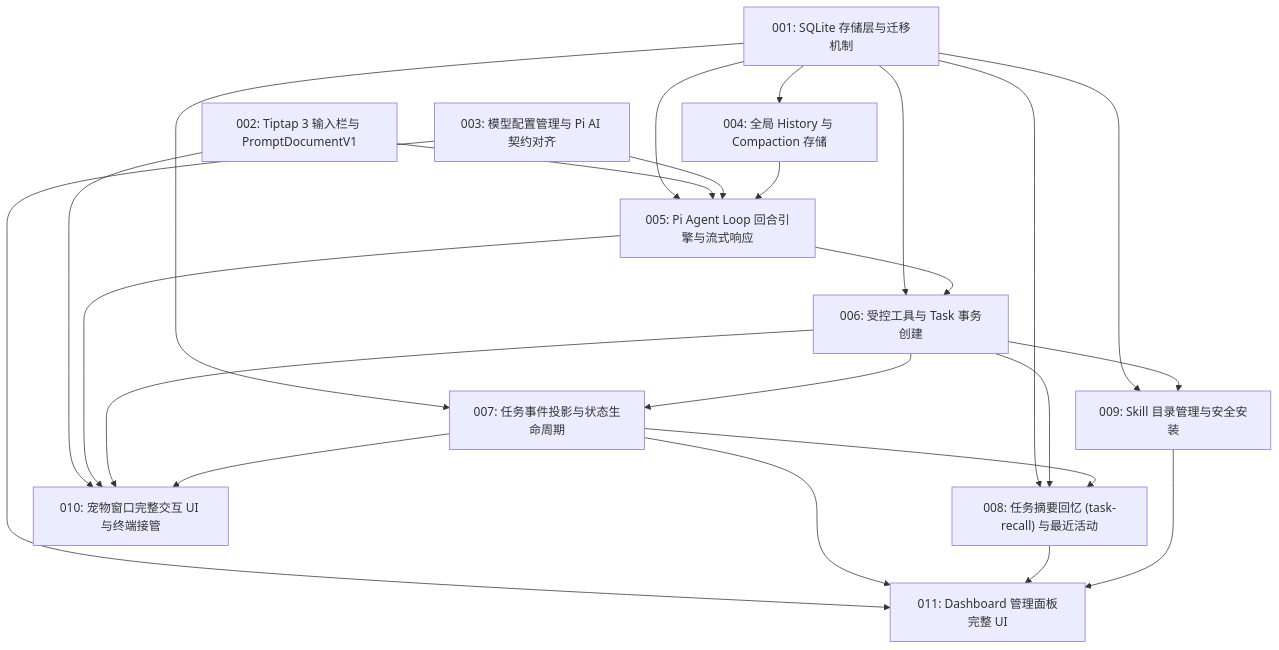
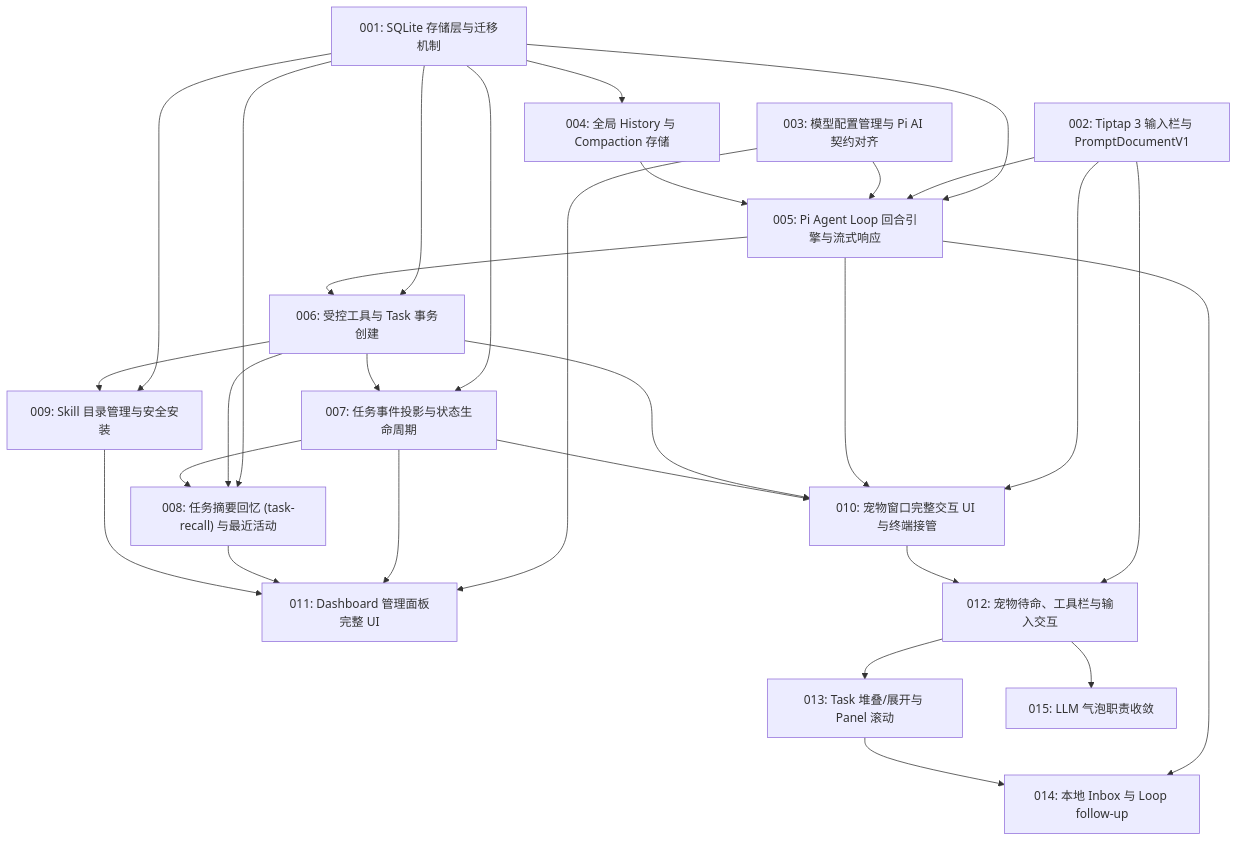
One commit to edisonLzy/Rover changed the diagram in docs/tickets/m2/README.md. Above: the diagram before and after it, drawn with Mermaid. The commit also changed other lines of this file and 36 other files, not shown here.

````diff
--- a/docs/tickets/m2/README.md
+++ b/docs/tickets/m2/README.md
@@ -10,45 +12,56 @@
 ```mermaid
 flowchart TD
   T001["001: SQLite 存储层与迁移机制"]
   T002["002: Tiptap 3 输入栏与 PromptDocumentV1"]
   T003["003: 模型配置管理与 Pi AI 契约对齐"]
 
   T004["004: 全局 History 与 Compaction 存储"]
   T001 --> T004
 
   T005["005: Pi Agent Loop 回合引擎与流式响应"]
   T001 --> T005
   T002 --> T005
   T003 --> T005
   T004 --> T005
 
 
   T006["006: 受控工具与 Task 事务创建"]
   T001 --> T006
   T005 --> T006
 
   T007["007: 任务事件投影与状态生命周期"]
   T001 --> T007
   T006 --> T007
 
   T008["008: 任务摘要回忆 (task-recall) 与最近活动"]
   T001 --> T008
   T006 --> T008
   T007 --> T008
 
   T009["009: Skill 目录管理与安全安装"]
   T001 --> T009
   T006 --> T009
 
   T010["010: 宠物窗口完整交互 UI 与终端接管"]
   T002 --> T010
   T005 --> T010
   T006 --> T010
   T007 --> T010
 
   T011["011: Dashboard 管理面板完整 UI"]
   T003 --> T011
   T007 --> T011
   T008 --> T011
   T009 --> T011
+
+  T012["012: 宠物待命、工具栏与输入交互"]
+  T002 --> T012
+  T010 --> T012
+  T013["013: Task 堆叠/展开与 Panel 滚动"]
+  T012 --> T013
+  T014["014: 本地 Inbox 与 Loop follow-up"]
+  T005 --> T014
+  T013 --> T014
+  T015["015: LLM 气泡职责收敛"]
+  T012 --> T015
 ```
````
